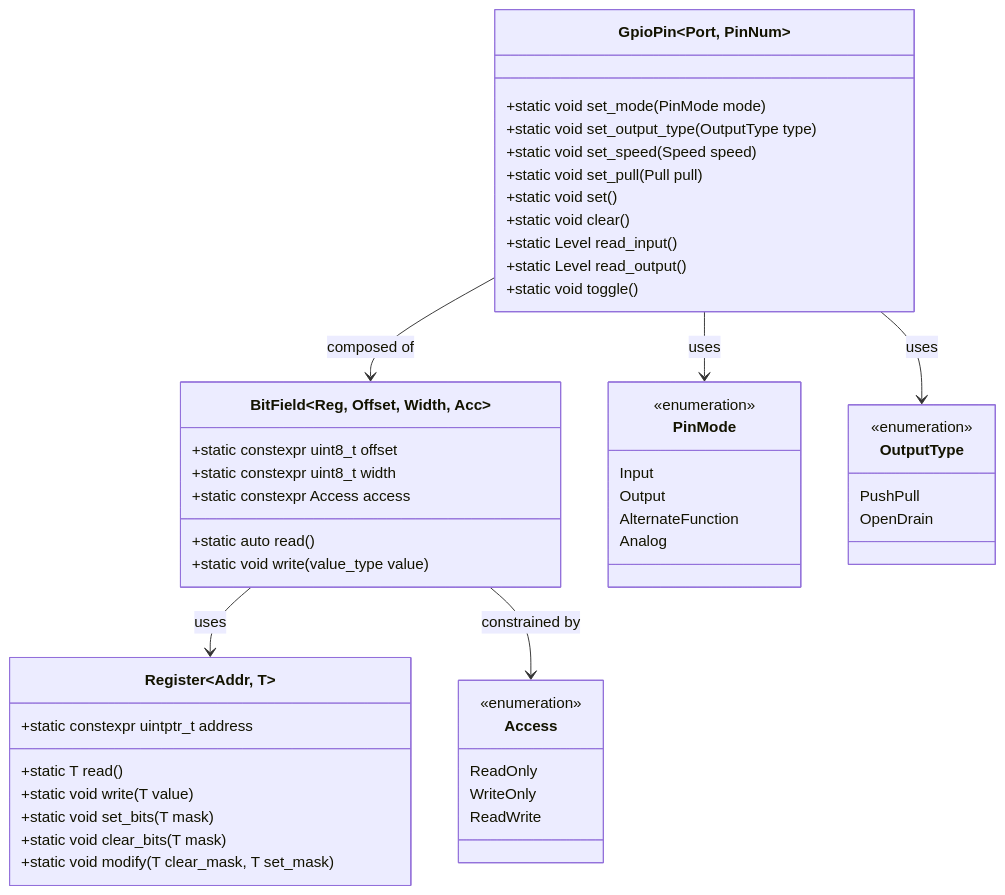
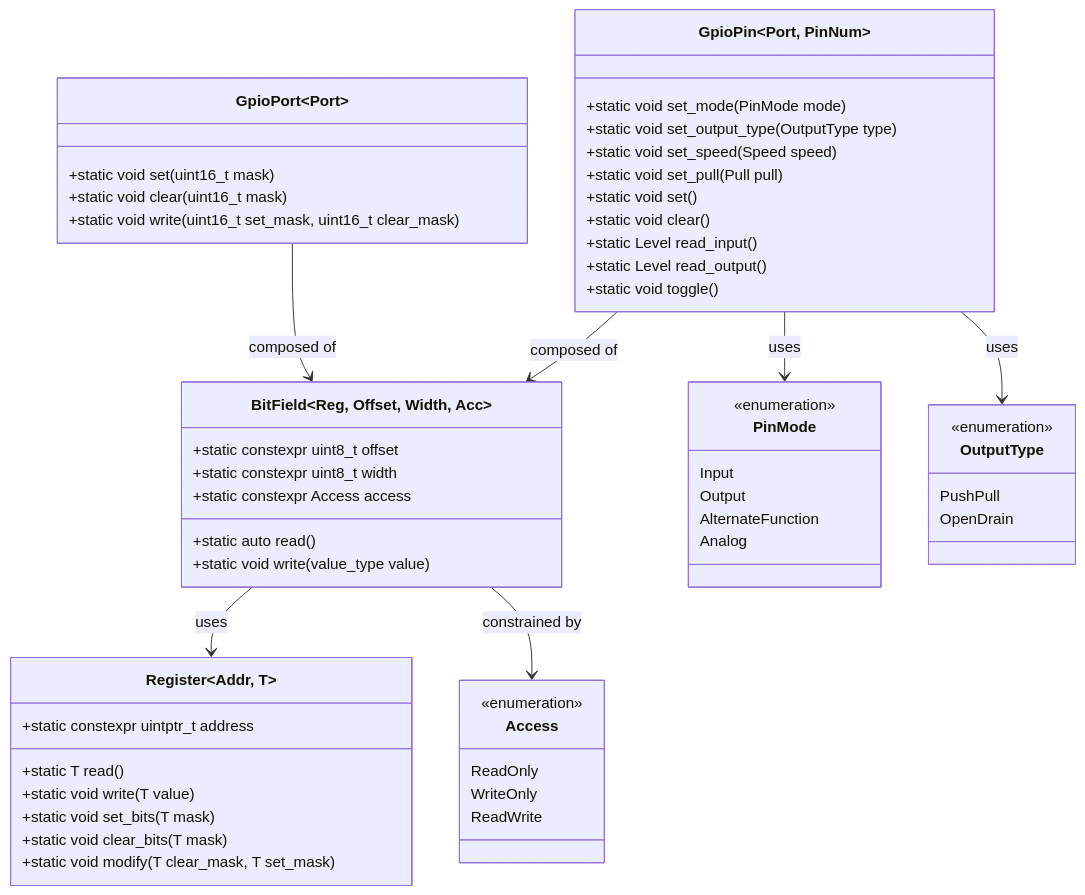
Before and after one commit to grahame-org/ohal: the second of 13 diagrams in docs/plan.md, drawn with Mermaid. The commit also changed other lines of this file and 4 other files, not shown here.

````diff
--- a/docs/plan.md
+++ b/docs/plan.md
@@ -142,58 +148,65 @@
 ```mermaid
 classDiagram
     class Register~Addr, T~ {
         +static constexpr uintptr_t address
         +static T read()
         +static void write(T value)
         +static void set_bits(T mask)
         +static void clear_bits(T mask)
         +static void modify(T clear_mask, T set_mask)
     }
 
     class BitField~Reg, Offset, Width, Acc~ {
         +static constexpr uint8_t offset
         +static constexpr uint8_t width
         +static constexpr Access access
         +static auto read()
         +static void write(value_type value)
     }
 
     class Access {
         <<enumeration>>
         ReadOnly
         WriteOnly
         ReadWrite
     }
 
     class GpioPin~Port, PinNum~ {
         +static void set_mode(PinMode mode)
         +static void set_output_type(OutputType type)
         +static void set_speed(Speed speed)
         +static void set_pull(Pull pull)
         +static void set()
         +static void clear()
         +static Level read_input()
         +static Level read_output()
         +static void toggle()
     }
 
+    class GpioPort~Port~ {
+        +static void set(uint16_t mask)
+        +static void clear(uint16_t mask)
+        +static void write(uint16_t set_mask, uint16_t clear_mask)
+    }
+
     class PinMode {
         <<enumeration>>
         Input
         Output
         AlternateFunction
         Analog
     }
 
     class OutputType {
         <<enumeration>>
         PushPull
         OpenDrain
     }
 
     BitField --> Register : uses
     BitField --> Access : constrained by
     GpioPin --> BitField : composed of
     GpioPin --> PinMode : uses
     GpioPin --> OutputType : uses
+    GpioPort --> BitField : composed of
 ```
````
